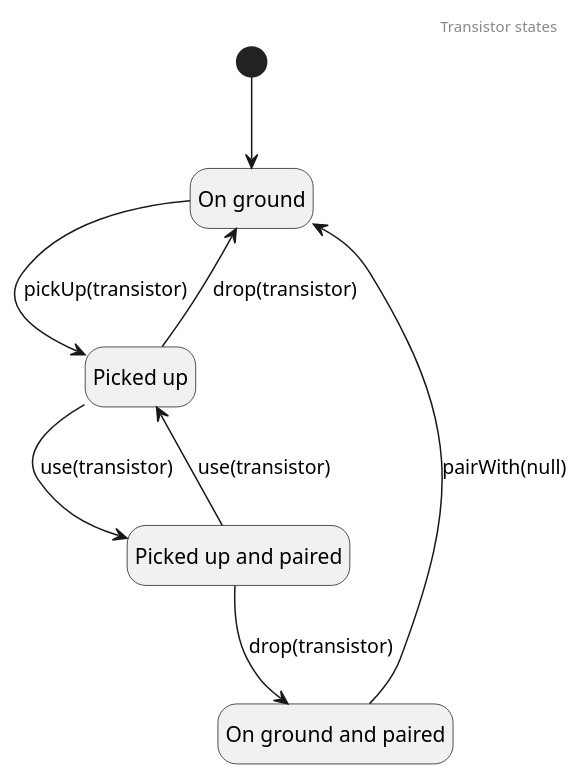
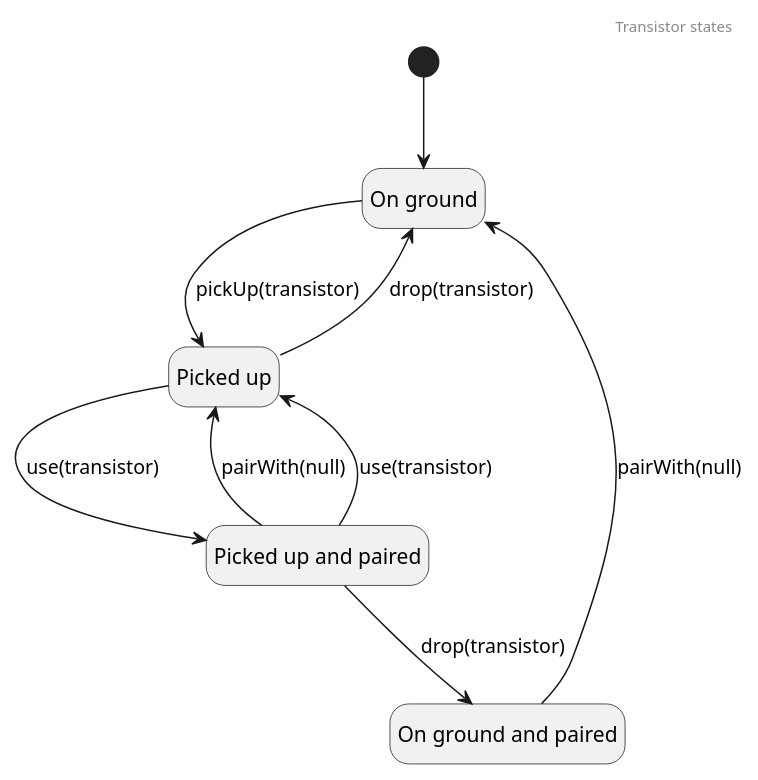
Before and after one commit to Kristof-me/Logarlec: the diagram in docs/state/transistor.puml, drawn with PlantUML. The commit also changed 48 other files, not shown here.

```diff
--- a/docs/state/transistor.puml
+++ b/docs/state/transistor.puml
@@ -1,22 +1,23 @@
 @startuml TransistorState
 header Transistor states
 hide empty description
 
 state ground as "On ground"
 state picked as "Picked up"
 state gpaired as "On ground and paired"
 state ppaired as "Picked up and paired"
 
 [*] --> ground 
 
 ground --> picked : pickUp(transistor)
 picked --> ground : drop(transistor)
 
 picked --> ppaired : use(transistor)
 
+ppaired --> picked : pairWith(null)
 ppaired --> gpaired : drop(transistor)
 
 ppaired --> picked : use(transistor)
 gpaired --> ground : pairWith(null)
 
 @enduml
```
